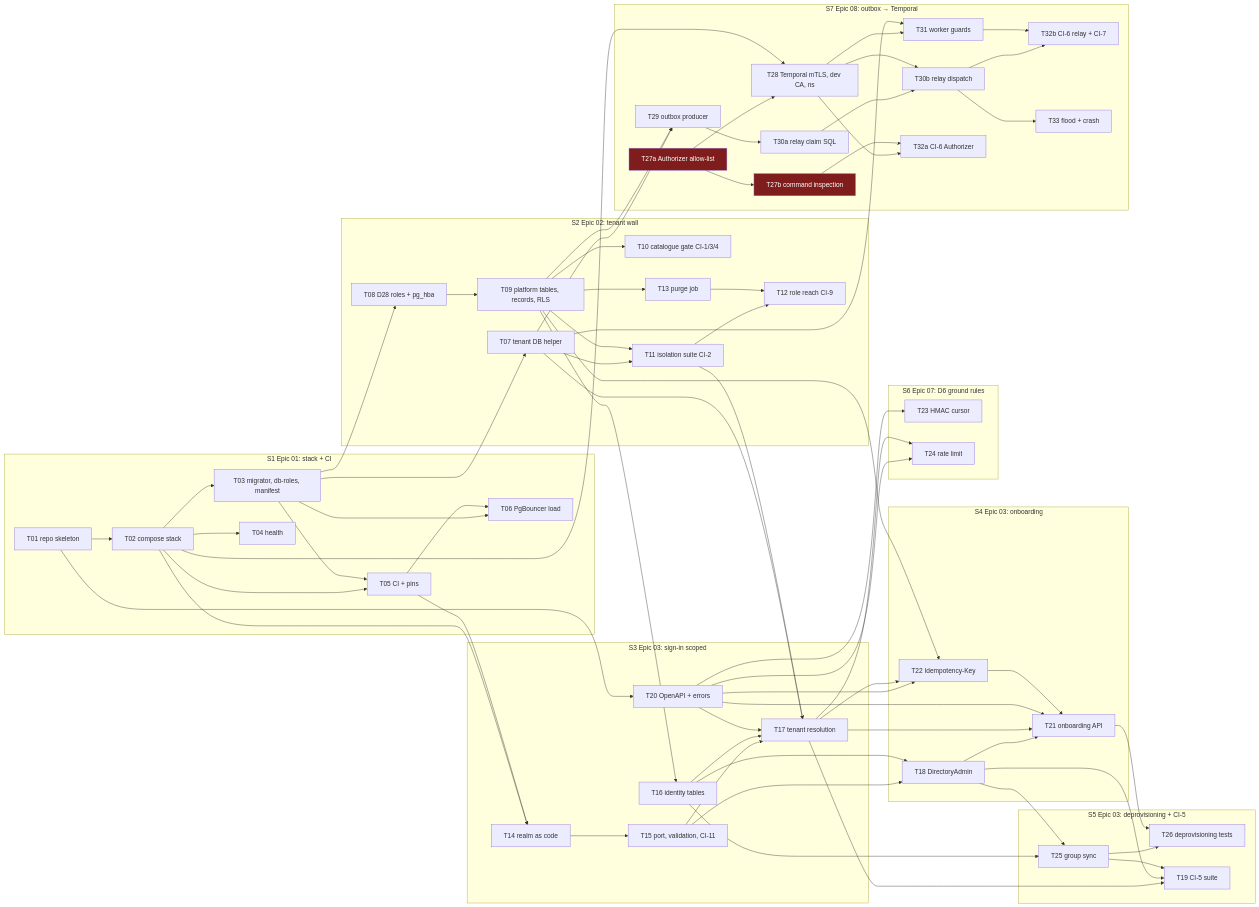
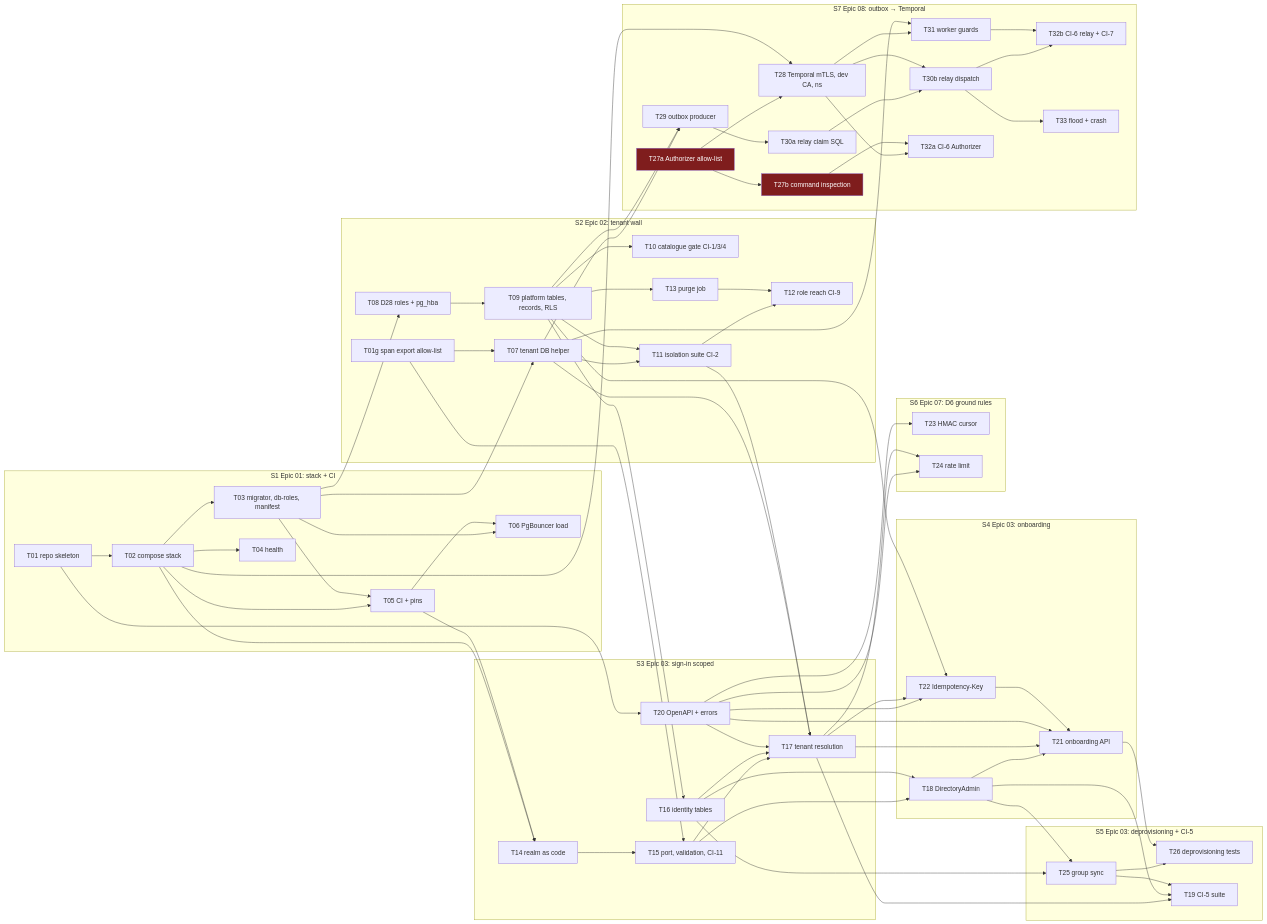
One commit to Navaladi2019/TicketingSystem changed the first of 2 diagrams in docs/delivery/plan-platform-foundation.md. Above: the diagram before and after it, drawn with Mermaid. The commit also changed other lines of this file and 1 other file, not shown here.

Commit message:
docs(delivery): record TICK-94 rulings and T01g in PLAN-001 (TICK-104)
Decision-log entry for the TICK-94 verdicts folded into the task issues,
the forbidden libraries, and the new T01g span export allow-list task
that T07 and T15 depend on.

````diff
--- a/docs/delivery/plan-platform-foundation.md
+++ b/docs/delivery/plan-platform-foundation.md
@@ -118,79 +118,81 @@
 ```mermaid
 flowchart LR
   subgraph S1[S1 Epic 01: stack + CI]
     T01[T01 repo skeleton]-->T02[T02 compose stack]
     T02-->T03[T03 migrator, db-roles, manifest]
     T02-->T04[T04 health]
     T02-->T05[T05 CI + pins]
     T03-->T05
     T03-->T06[T06 PgBouncer load]
     T05-->T06
   end
   subgraph S2[S2 Epic 02: tenant wall]
     T03-->T07[T07 tenant DB helper]
+    T01g[T01g span export allow-list]-->T07
     T03-->T08[T08 D28 roles + pg_hba]
     T08-->T09[T09 platform tables, records, RLS]
     T09-->T10[T10 catalogue gate CI-1/3/4]
     T07-->T11[T11 isolation suite CI-2]
     T09-->T11
     T11-->T12[T12 role reach CI-9]
     T09-->T13[T13 purge job]
     T13-->T12
   end
   subgraph S3[S3 Epic 03: sign-in scoped]
     T02-->T14[T14 realm as code]
     T05-->T14
     T14-->T15[T15 port, validation, CI-11]
+    T01g-->T15
     T09-->T16[T16 identity tables]
     T15-->T17[T17 tenant resolution]
     T16-->T17
     T07-->T17
     T20-->T17
     T11-->T17
   end
   subgraph S4[S4 Epic 03: onboarding]
     T15-->T18[T18 DirectoryAdmin]
     T16-->T18
     T18-->T21[T21 onboarding API]
     T17-->T21
     T20-->T21
     T22-->T21
   end
   subgraph S5[S5 Epic 03: deprovisioning + CI-5]
     T18-->T25[T25 group sync]
     T16-->T25
     T25-->T26[T26 deprovisioning tests]
     T21-->T26
     T17-->T19[T19 CI-5 suite]
     T18-->T19
     T25-->T19
   end
   subgraph S6[S6 Epic 07: D6 ground rules]
     T01-->T20[T20 OpenAPI + errors]
     T20-->T22[T22 Idempotency-Key]
     T17-->T22
     T09-->T22
     T20-->T23[T23 HMAC cursor]
     T20-->T24[T24 rate limit]
     T17-->T24
   end
   subgraph S7[S7 Epic 08: outbox → Temporal]
     T27a[T27a Authorizer allow-list]:::risk
     T27a-->T27b[T27b command inspection]:::risk
     T27a-->T28[T28 Temporal mTLS, dev CA, ns]
     T02-->T28
     T07-->T29[T29 outbox producer]
     T09-->T29
     T29-->T30a[T30a relay claim SQL]
     T30a-->T30b[T30b relay dispatch]
     T28-->T30b
     T28-->T31[T31 worker guards]
     T07-->T31
     T28-->T32a[T32a CI-6 Authorizer]
     T27b-->T32a
     T30b-->T32b[T32b CI-6 relay + CI-7]
     T31-->T32b
     T30b-->T33[T33 flood + crash]
   end
   classDef risk fill:#7f1d1d,color:#fff
 ```
````
